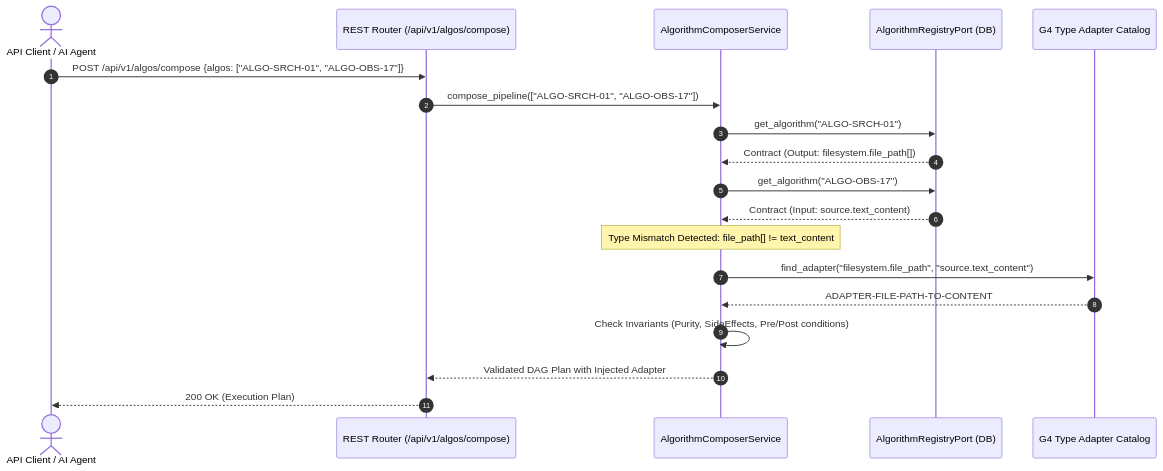
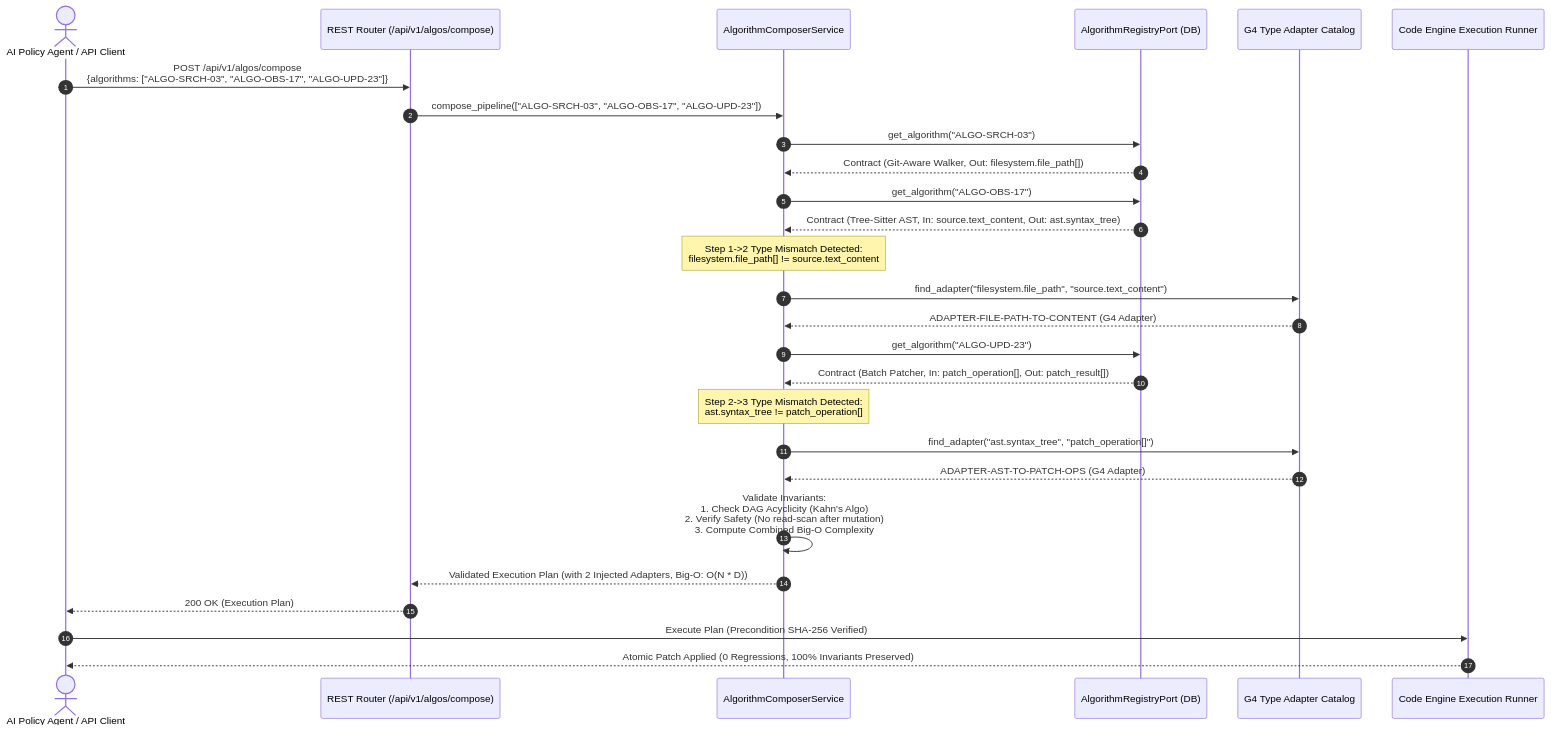
One commit to Chief-Strategist-J/policy-orchestrator changed the second of 5 diagrams in docs/adr/ADR-0001-algorithm-registry-and-composition-engine.md. Above: the diagram before and after it, drawn with Mermaid. The commit also changed other lines of this file, not shown here.

Commit message:
docs(adr): enrich ADR-0001 with in-depth architecture diagrams, formal specs, and resilience failure matrix

````diff
--- a/docs/adr/ADR-0001-algorithm-registry-and-composition-engine.md
+++ b/docs/adr/ADR-0001-algorithm-registry-and-composition-engine.md
@@ -94,24 +146,38 @@
 ```mermaid
 sequenceDiagram
     autonumber
-    actor Client as API Client / AI Agent
+    actor Agent as AI Policy Agent / API Client
     participant Router as REST Router (/api/v1/algos/compose)
     participant Composer as AlgorithmComposerService
     participant Registry as AlgorithmRegistryPort (DB)
     participant Catalog as G4 Type Adapter Catalog
+    participant Exec as Code Engine Execution Runner
 
-    Client->>Router: POST /api/v1/algos/compose {algos: ["ALGO-SRCH-01", "ALGO-OBS-17"]}
-    Router->>Composer: compose_pipeline(["ALGO-SRCH-01", "ALGO-OBS-17"])
-    Composer->>Registry: get_algorithm("ALGO-SRCH-01")
-    Registry-->>Composer: Contract (Output: filesystem.file_path[])
+    Agent->>Router: POST /api/v1/algos/compose<br/>{algorithms: ["ALGO-SRCH-03", "ALGO-OBS-17", "ALGO-UPD-23"]}
+    Router->>Composer: compose_pipeline(["ALGO-SRCH-03", "ALGO-OBS-17", "ALGO-UPD-23"])
+    
+    Composer->>Registry: get_algorithm("ALGO-SRCH-03")
+    Registry-->>Composer: Contract (Git-Aware Walker, Out: filesystem.file_path[])
+    
     Composer->>Registry: get_algorithm("ALGO-OBS-17")
-    Registry-->>Composer: Contract (Input: source.text_content)
+    Registry-->>Composer: Contract (Tree-Sitter AST, In: source.text_content, Out: ast.syntax_tree)
     
-    Note over Composer: Type Mismatch Detected: file_path[] != text_content
+    Note over Composer: Step 1->2 Type Mismatch Detected:<br/>filesystem.file_path[] != source.text_content
     Composer->>Catalog: find_adapter("filesystem.file_path", "source.text_content")
-    Catalog-->>Composer: ADAPTER-FILE-PATH-TO-CONTENT
+    Catalog-->>Composer: ADAPTER-FILE-PATH-TO-CONTENT (G4 Adapter)
     
-    Composer->>Composer: Check Invariants (Purity, SideEffects, Pre/Post conditions)
-    Composer-->>Router: Validated DAG Plan with Injected Adapter
-    Router-->>Client: 200 OK (Execution Plan)
+    Composer->>Registry: get_algorithm("ALGO-UPD-23")
+    Registry-->>Composer: Contract (Batch Patcher, In: patch_operation[], Out: patch_result[])
+    
+    Note over Composer: Step 2->3 Type Mismatch Detected:<br/>ast.syntax_tree != patch_operation[]
+    Composer->>Catalog: find_adapter("ast.syntax_tree", "patch_operation[]")
+    Catalog-->>Composer: ADAPTER-AST-TO-PATCH-OPS (G4 Adapter)
+
+    Composer->>Composer: Validate Invariants:<br/>1. Check DAG Acyclicity (Kahn's Algo)<br/>2. Verify Safety (No read-scan after mutation)<br/>3. Compute Combined Big-O Complexity
+    
+    Composer-->>Router: Validated Execution Plan (with 2 Injected Adapters, Big-O: O(N * D))
+    Router-->>Agent: 200 OK (Execution Plan)
+
+    Agent->>Exec: Execute Plan (Precondition SHA-256 Verified)
+    Exec-->>Agent: Atomic Patch Applied (0 Regressions, 100% Invariants Preserved)
 ```
````
